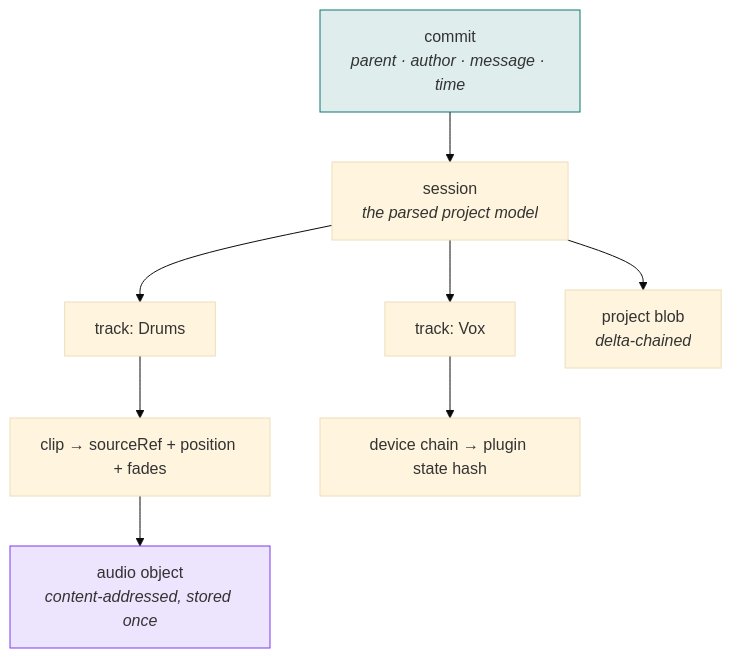
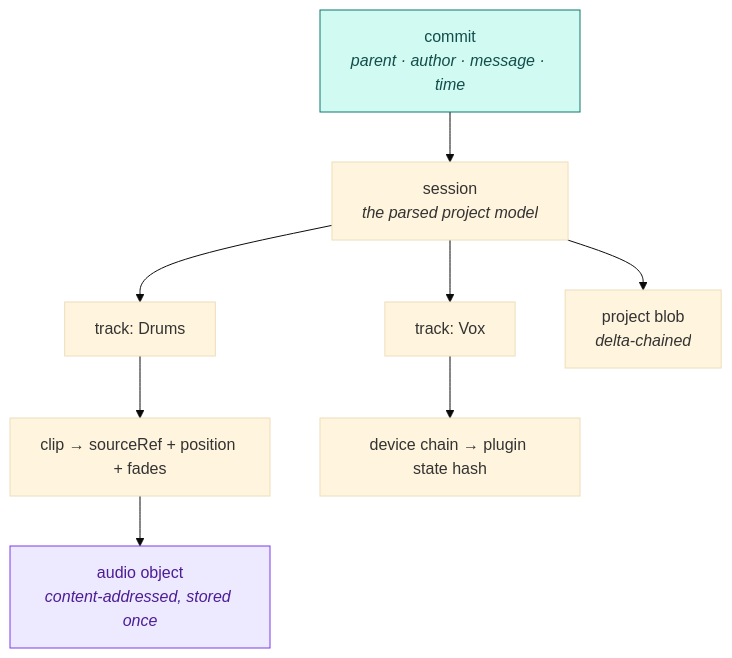
The first of 3 diagrams in docs/ARCHITECTURE.md (sep-lab/Wit), drawn with Mermaid (base theme) before and after one commit. The commit also changed other lines of this file and 1 other file, not shown here.

First line of the commit message:
Use 6-digit hex in mermaid styles for GitHub's renderer

````diff
--- a/docs/ARCHITECTURE.md
+++ b/docs/ARCHITECTURE.md
@@ -19,13 +19,13 @@
 ```mermaid
 flowchart TD
     C["commit<br/><i>parent · author · message · time</i>"] --> S["session<br/><i>the parsed project model</i>"]
     S --> T1["track: Drums"]
     S --> T2["track: Vox"]
     T1 --> CL["clip → sourceRef + position + fades"]
     T2 --> FX["device chain → plugin state hash"]
     CL --> AU["audio object<br/><i>content-addressed, stored once</i>"]
     S --> P["project blob<br/><i>delta-chained</i>"]
 
-    style C fill:#0f766e22,stroke:#0f766e
-    style AU fill:#7c3aed22,stroke:#7c3aed
+    style C fill:#d1faf3,stroke:#0f766e,color:#134e4a
+    style AU fill:#ede9fe,stroke:#7c3aed,color:#4c1d95
 ```
````
